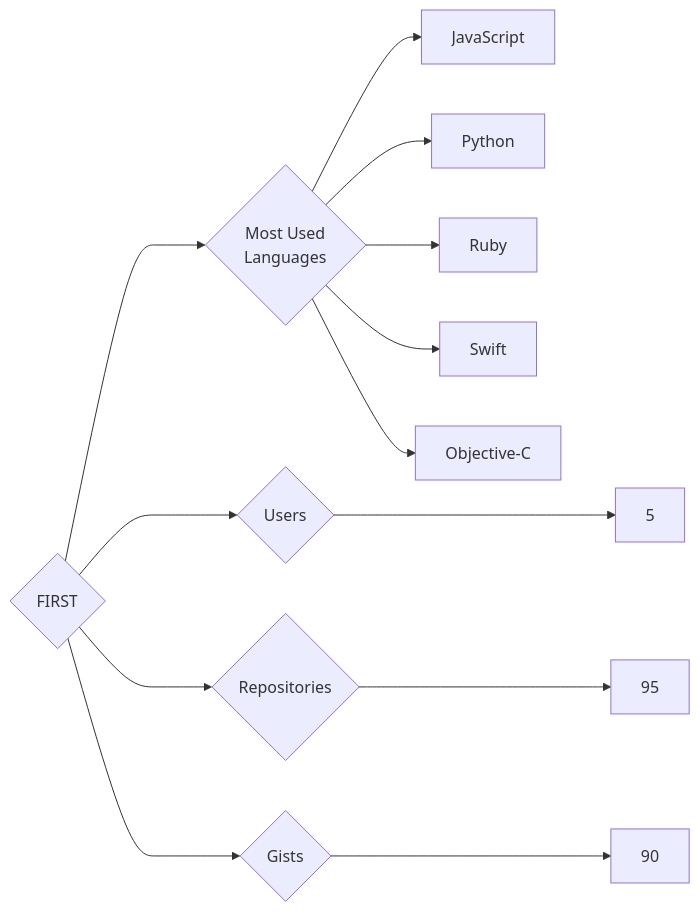
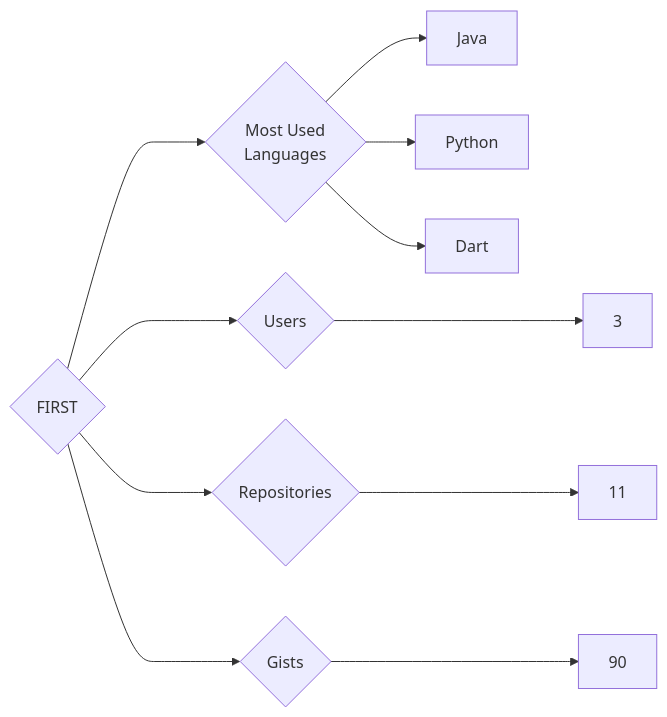
Before and after one commit to trickest/insiders: the diagram in targets/FIRST/README.md, drawn with Mermaid. The commit also changed 1036 other files, not shown here.

````diff
--- a/targets/FIRST/README.md
+++ b/targets/FIRST/README.md
@@ -3,13 +3,11 @@
 ```mermaid
 graph LR
 COMPANY_NAME{FIRST}
-COMPANY_NAME ---> U{Users} ---> UN[5]
-COMPANY_NAME ---> R{Repositories} ---> RN[95]
+COMPANY_NAME ---> U{Users} ---> UN[3]
+COMPANY_NAME ---> R{Repositories} ---> RN[11]
 COMPANY_NAME ---> G{Gists} ---> GN[90]
 COMPANY_NAME ---> ML{Most Used<br>Languages}
-ML --> JavaScript[JavaScript]
+ML --> Java[Java]
 ML --> Python[Python]
-ML --> Ruby[Ruby]
-ML --> Swift[Swift]
-ML --> Objective-C[Objective-C]
+ML --> Dart[Dart]
 ```
````
